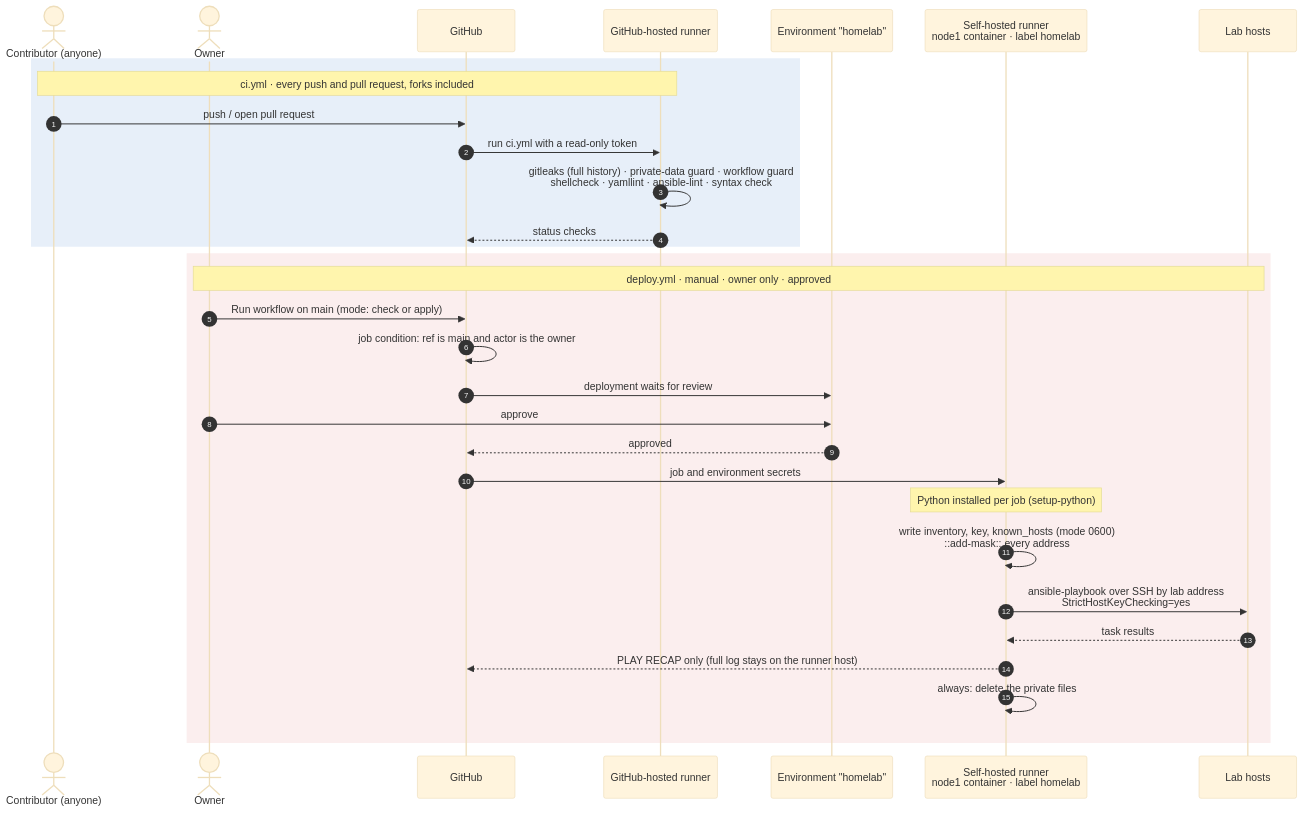
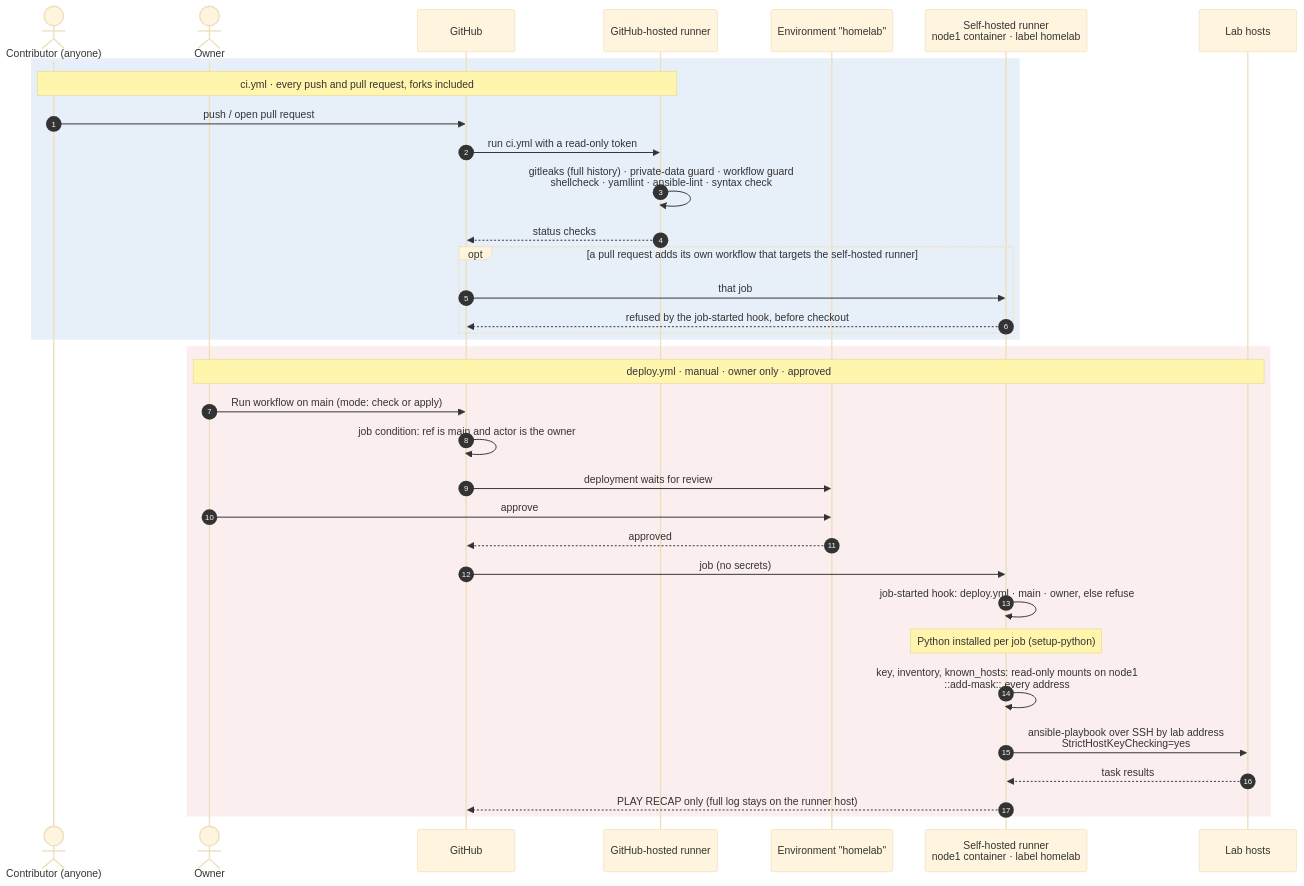
One commit to RyanMoore-phys/homelab-infra changed the diagram in docs/cicd.md. Above: the diagram before and after it, drawn with Mermaid (base theme). The commit also changed other lines of this file and 23 other files, not shown here.

Commit message:
Sudo free-password for only the private, local github runner

````diff
--- a/docs/cicd.md
+++ b/docs/cicd.md
@@ -5,35 +5,39 @@
 ```mermaid
 sequenceDiagram
     autonumber
     actor Dev as Contributor (anyone)
     actor Owner
     participant GH as GitHub
     participant Hosted as GitHub-hosted runner
     participant Env as Environment "homelab"
     participant Runner as Self-hosted runner<br/>node1 container · label homelab
     participant Lab as Lab hosts
 
     rect rgba(21, 101, 192, 0.10)
     Note over Dev,Hosted: ci.yml · every push and pull request, forks included
     Dev->>GH: push / open pull request
     GH->>Hosted: run ci.yml with a read-only token
     Hosted->>Hosted: gitleaks (full history) · private-data guard · workflow guard<br/>shellcheck · yamllint · ansible-lint · syntax check
     Hosted-->>GH: status checks
+    opt a pull request adds its own workflow that targets the self-hosted runner
+    GH->>Runner: that job
+    Runner-->>GH: refused by the job-started hook, before checkout
+    end
     end
 
     rect rgba(198, 40, 40, 0.08)
     Note over Owner,Lab: deploy.yml · manual · owner only · approved
     Owner->>GH: Run workflow on main (mode: check or apply)
     GH->>GH: job condition: ref is main and actor is the owner
     GH->>Env: deployment waits for review
     Owner->>Env: approve
     Env-->>GH: approved
-    GH->>Runner: job and environment secrets
+    GH->>Runner: job (no secrets)
+    Runner->>Runner: job-started hook: deploy.yml · main · owner, else refuse
     Note over Runner: Python installed per job (setup-python)
-    Runner->>Runner: write inventory, key, known_hosts (mode 0600)<br/>::add-mask:: every address
+    Runner->>Runner: key, inventory, known_hosts: read-only mounts on node1<br/>::add-mask:: every address
     Runner->>Lab: ansible-playbook over SSH by lab address<br/>StrictHostKeyChecking=yes
     Lab-->>Runner: task results
     Runner-->>GH: PLAY RECAP only (full log stays on the runner host)
-    Runner->>Runner: always: delete the private files
     end
 ```
````
